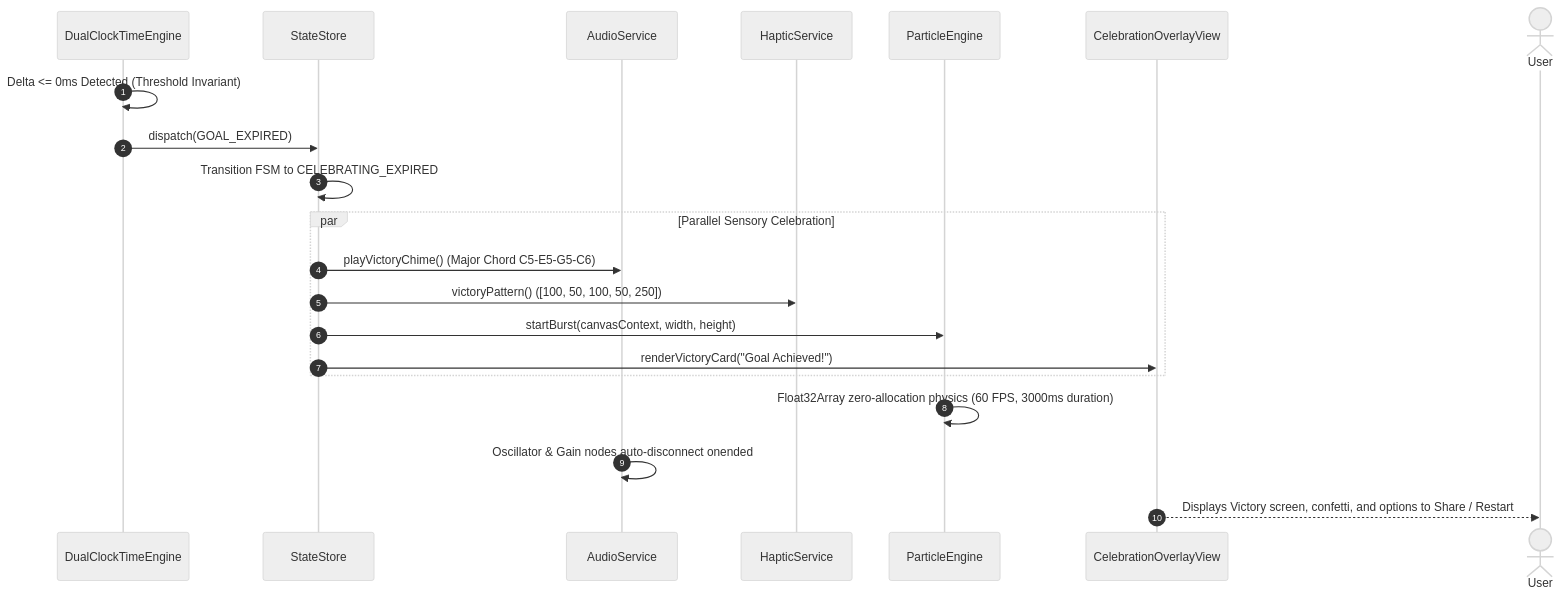
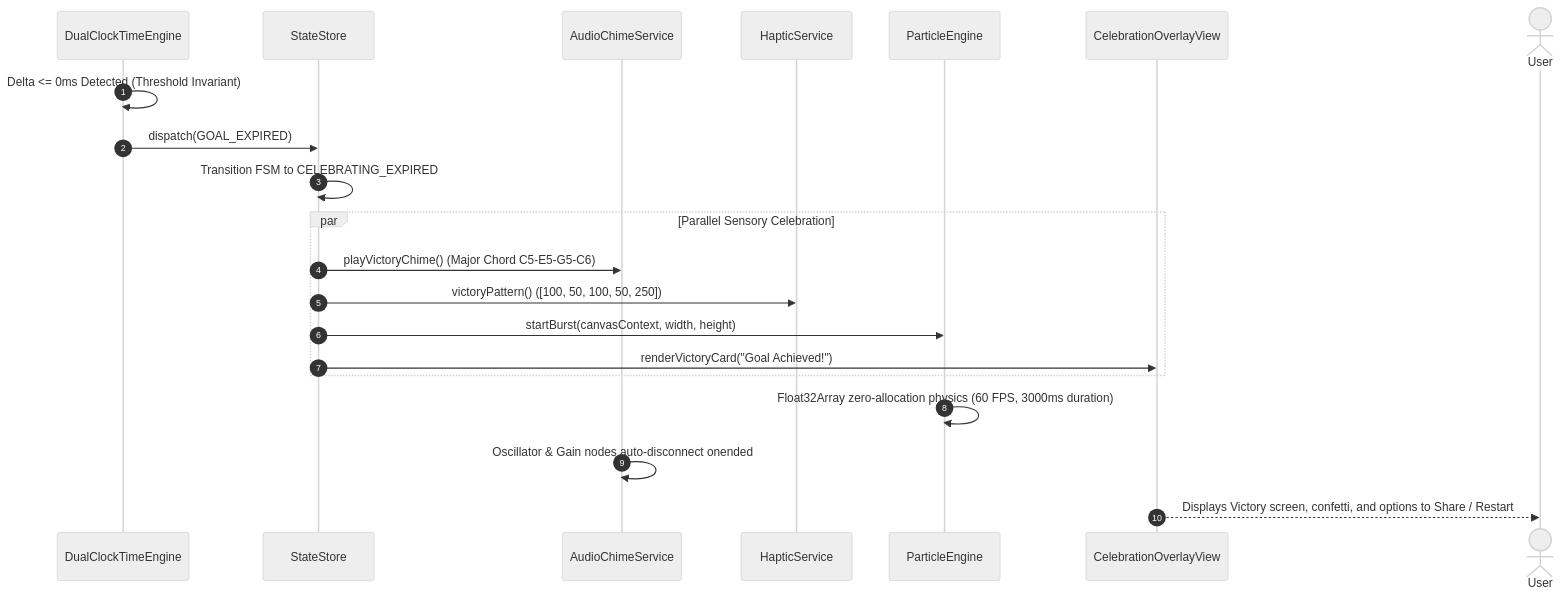
One commit to piyushmakhija28/countdown-lockscreen-challenge changed the sixth of 10 diagrams in docs/lld/02-dynamic-interaction-sequences.md. Above: the diagram before and after it, drawn with Mermaid (neutral theme). The commit also changed 43 other files, not shown here.

Commit message:
docs(grand-prize): eliminate all 11 foundational architecture discrepancies, sync UML parity, and generate 13 Draw.io diagrams (v1.8.0) (#1)

````diff
--- a/docs/lld/02-dynamic-interaction-sequences.md
+++ b/docs/lld/02-dynamic-interaction-sequences.md
@@ -150,24 +150,24 @@
 ```mermaid
 sequenceDiagram
     autonumber
     participant Ticker as DualClockTimeEngine
     participant Store as StateStore
-    participant Audio as AudioService
+    participant Audio as AudioChimeService
     participant Haptic as HapticService
     participant Particle as ParticleEngine
     participant View as CelebrationOverlayView
     actor User as User
 
     Ticker->>Ticker: Delta <= 0ms Detected (Threshold Invariant)
     Ticker->>Store: dispatch(GOAL_EXPIRED)
     Store->>Store: Transition FSM to CELEBRATING_EXPIRED
     par Parallel Sensory Celebration
         Store->>Audio: playVictoryChime() (Major Chord C5-E5-G5-C6)
         Store->>Haptic: victoryPattern() ([100, 50, 100, 50, 250])
         Store->>Particle: startBurst(canvasContext, width, height)
         Store->>View: renderVictoryCard("Goal Achieved!")
     end
     Particle->>Particle: Float32Array zero-allocation physics (60 FPS, 3000ms duration)
     Audio->>Audio: Oscillator & Gain nodes auto-disconnect onended
     View-->>User: Displays Victory screen, confetti, and options to Share / Restart
 ```
````
